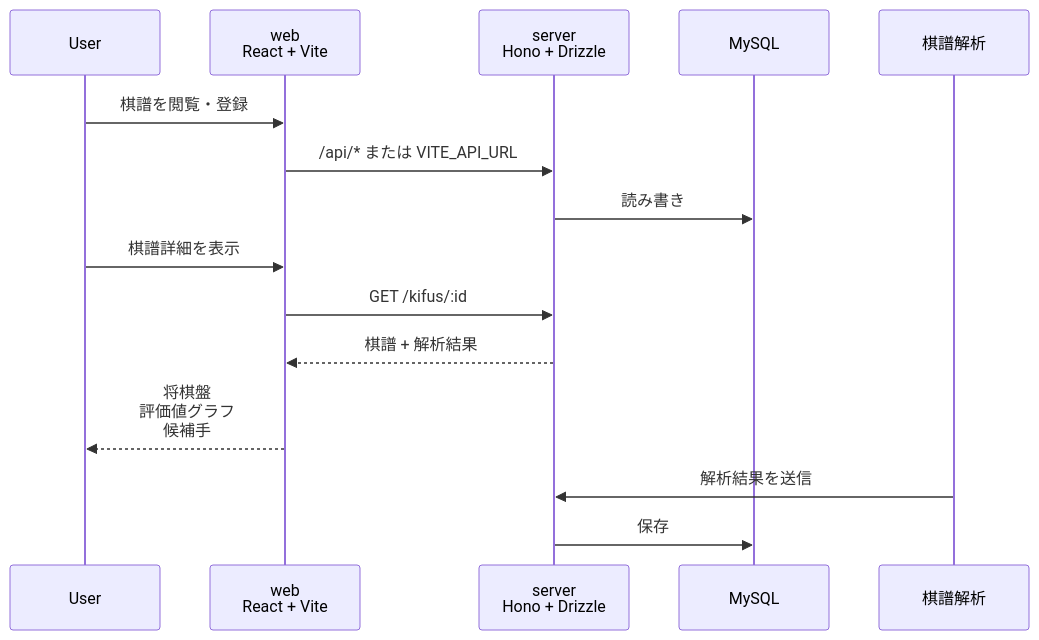
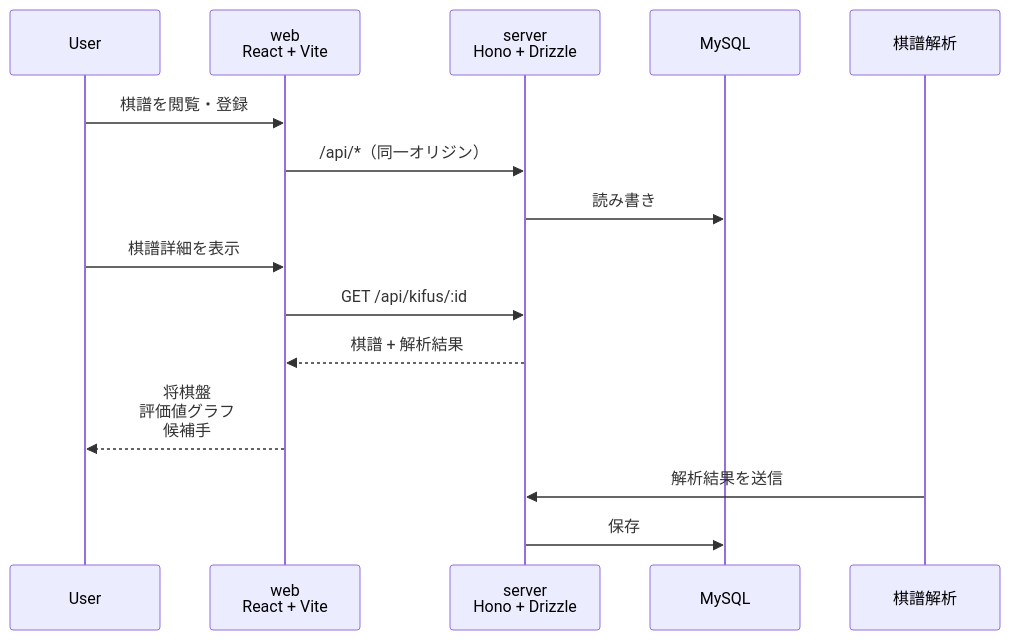
One commit to Daiius/seseraki changed the first of 2 diagrams in README.md. Above: the diagram before and after it, drawn with Mermaid. The commit also changed other lines of this file and 20 other files, not shown here.

````diff
--- a/README.md
+++ b/README.md
@@ -13,20 +13,20 @@
 ```mermaid
 sequenceDiagram
     participant U as User
     participant W as web<br/>React + Vite
     participant S as server<br/>Hono + Drizzle
     participant DB as MySQL
     participant WK as 棋譜解析
 
     U->>W: 棋譜を閲覧・登録
-    W->>S: /api/* または VITE_API_URL
+    W->>S: /api/*（同一オリジン）
     S->>DB: 読み書き
 
     U->>W: 棋譜詳細を表示
-    W->>S: GET /kifus/:id
+    W->>S: GET /api/kifus/:id
     S-->>W: 棋譜 + 解析結果
     W-->>U: 将棋盤<br>評価値グラフ<br>候補手
 
     WK->>S: 解析結果を送信
     S->>DB: 保存
 ```
````
